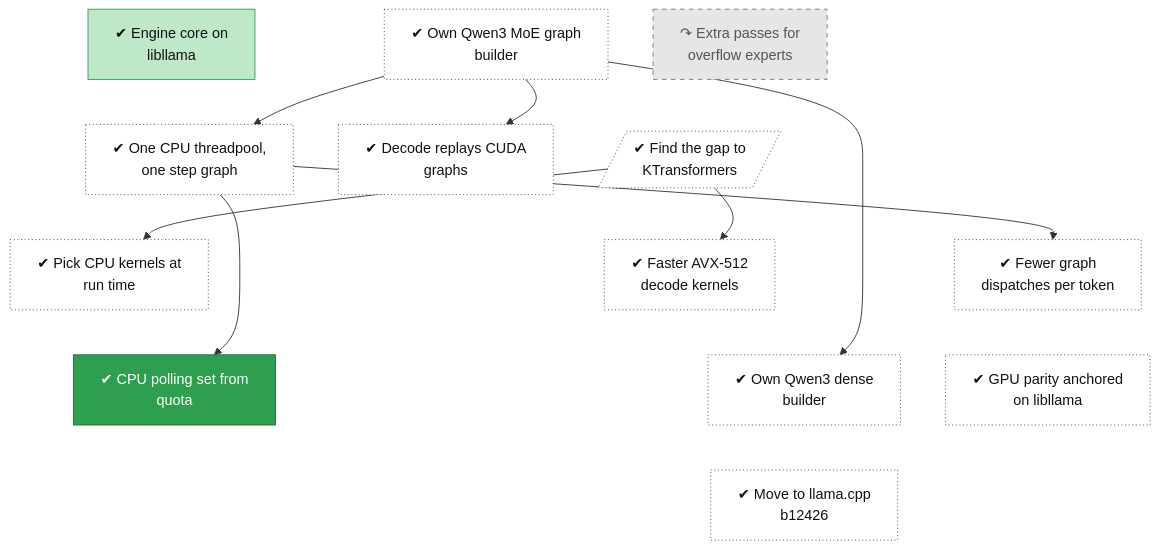
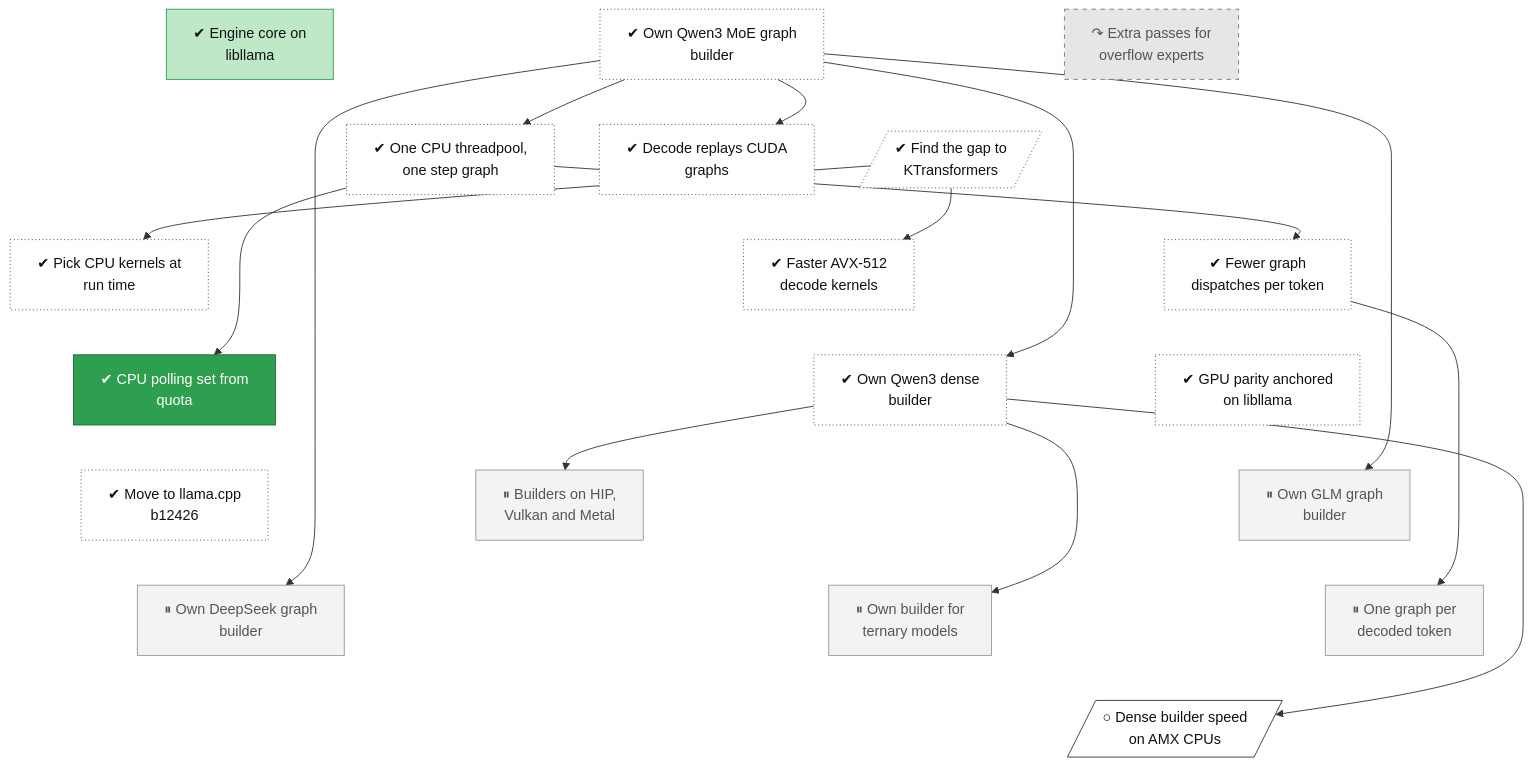
Before and after one commit to lhns/tetraeder: the diagram in docs/roadmap/tracks/engine.md, drawn with Mermaid. The commit also changed other lines of this file and 12 other files, not shown here.

Commit message:
Roadmap: forward nodes for every unbuilt planned item (phases 6 to 9, parked Phase 2 to 5 items, Track B, D1), cluster track, box-later and cluster lanes

````diff
--- a/docs/roadmap/tracks/engine.md
+++ b/docs/roadmap/tracks/engine.md
@@ -10,53 +10,73 @@
 ```mermaid
 flowchart TB
     engine_libllama["✔ Engine core on<br/>libllama"]
     engine_moe_builder["✔ Own Qwen3 MoE graph<br/>builder"]
     engine_overflow_passes["↷ Extra passes for<br/>overflow experts"]
     engine_cpu_threadpool["✔ One CPU threadpool,<br/>one step graph"]
     engine_cuda_graphs["✔ Decode replays CUDA<br/>graphs"]
     engine_kt_gap[/"✔ Find the gap to<br/>KTransformers"/]
     engine_isa_dispatch["✔ Pick CPU kernels at<br/>run time"]
     engine_iqk_kernels["✔ Faster AVX-512<br/>decode kernels"]
     engine_decode_dispatch["✔ Fewer graph<br/>dispatches per token"]
     engine_cpu_poll["✔ CPU polling set from<br/>quota"]
     engine_dense_builder["✔ Own Qwen3 dense<br/>builder"]
     engine_gpu_tolerance["✔ GPU parity anchored<br/>on libllama"]
     engine_pin_b12426["✔ Move to llama.cpp<br/>b12426"]
+    engine_backend_parity["⏸ Builders on HIP,<br/>Vulkan and Metal"]
+    engine_glm_builder["⏸ Own GLM graph<br/>builder"]
+    engine_deepseek_builder["⏸ Own DeepSeek graph<br/>builder"]
+    engine_bitnet_builder["⏸ Own builder for<br/>ternary models"]
+    engine_one_graph_per_token["⏸ One graph per<br/>decoded token"]
+    engine_dense_amx[/"○ Dense builder speed<br/>on AMX CPUs"/]
     engine_libllama ~~~ engine_cpu_threadpool
     engine_moe_builder ~~~ engine_cuda_graphs
     engine_overflow_passes ~~~ engine_kt_gap
     engine_cpu_threadpool ~~~ engine_isa_dispatch
     engine_cuda_graphs ~~~ engine_iqk_kernels
     engine_kt_gap ~~~ engine_decode_dispatch
     engine_isa_dispatch ~~~ engine_cpu_poll
     engine_iqk_kernels ~~~ engine_dense_builder
     engine_decode_dispatch ~~~ engine_gpu_tolerance
     engine_cpu_poll ~~~ engine_pin_b12426
-    engine_dense_builder ~~~ engine_pin_b12426
-    engine_gpu_tolerance ~~~ engine_pin_b12426
+    engine_dense_builder ~~~ engine_backend_parity
+    engine_gpu_tolerance ~~~ engine_glm_builder
+    engine_pin_b12426 ~~~ engine_deepseek_builder
+    engine_backend_parity ~~~ engine_bitnet_builder
+    engine_glm_builder ~~~ engine_one_graph_per_token
+    engine_deepseek_builder ~~~ engine_dense_amx
+    engine_bitnet_builder ~~~ engine_dense_amx
+    engine_one_graph_per_token ~~~ engine_dense_amx
     engine_moe_builder --> engine_cpu_threadpool
     engine_moe_builder --> engine_cuda_graphs
     engine_kt_gap --> engine_isa_dispatch
     engine_kt_gap --> engine_iqk_kernels
     engine_cpu_threadpool --> engine_decode_dispatch
     engine_cpu_threadpool --> engine_cpu_poll
     engine_moe_builder --> engine_dense_builder
+    engine_dense_builder --> engine_backend_parity
+    engine_moe_builder --> engine_glm_builder
+    engine_moe_builder --> engine_deepseek_builder
+    engine_dense_builder --> engine_bitnet_builder
+    engine_decode_dispatch --> engine_one_graph_per_token
+    engine_dense_builder --> engine_dense_amx
     classDef vsucc fill:#2e9e4f,stroke:#1b6b34,color:#fff
     classDef succ fill:#bfe8c8,stroke:#2e9e4f,color:#111
     classDef mixed fill:#ffd37a,stroke:#c98a00,color:#111
     classDef bad fill:#f28b82,stroke:#b3261e,color:#111
     classDef dead fill:#e6e6e6,stroke:#777,stroke-dasharray:5 5,color:#555
     classDef inprog fill:#a8cdf5,stroke:#1f6fc5,color:#111
     classDef next fill:#fff,stroke:#333,color:#111
     classDef blocked fill:#fff,stroke:#b3261e,stroke-dasharray:2 2,color:#111
     classDef parked fill:#f3f3f3,stroke:#999,color:#555
     classDef unrated fill:#fff,stroke:#333,stroke-dasharray:1 3,color:#111
     classDef gate fill:#d9c2f0,stroke:#7b3fb5,color:#111
     classDef decided fill:#ece0f7,stroke:#7b3fb5,stroke-dasharray:2 2,color:#111
     classDef finding fill:#ffe0b2,stroke:#d84315,stroke-width:2px,color:#111
     classDef waiting fill:#e3f2fd,stroke:#1f6fc5,stroke-dasharray:5 5,color:#111
     class engine_libllama succ
     class engine_moe_builder,engine_cpu_threadpool,engine_cuda_graphs,engine_kt_gap,engine_isa_dispatch,engine_iqk_kernels,engine_decode_dispatch,engine_dense_builder,engine_gpu_tolerance,engine_pin_b12426 unrated
     class engine_overflow_passes dead
     class engine_cpu_poll vsucc
+    class engine_backend_parity,engine_glm_builder,engine_deepseek_builder,engine_bitnet_builder,engine_one_graph_per_token parked
+    class engine_dense_amx next
 ```
````
